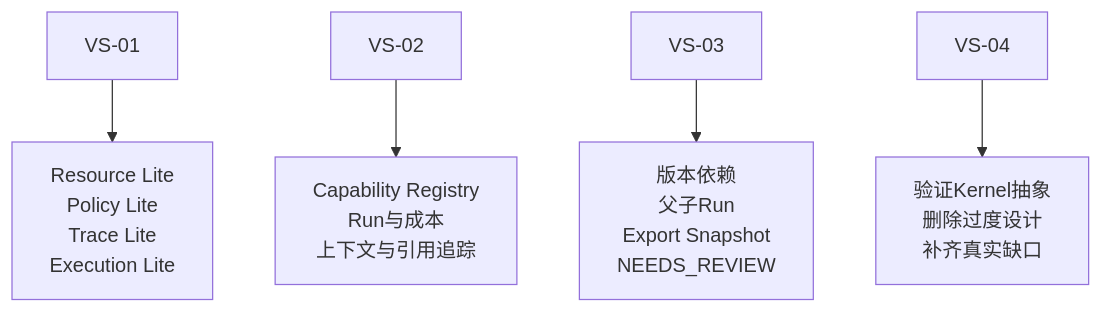
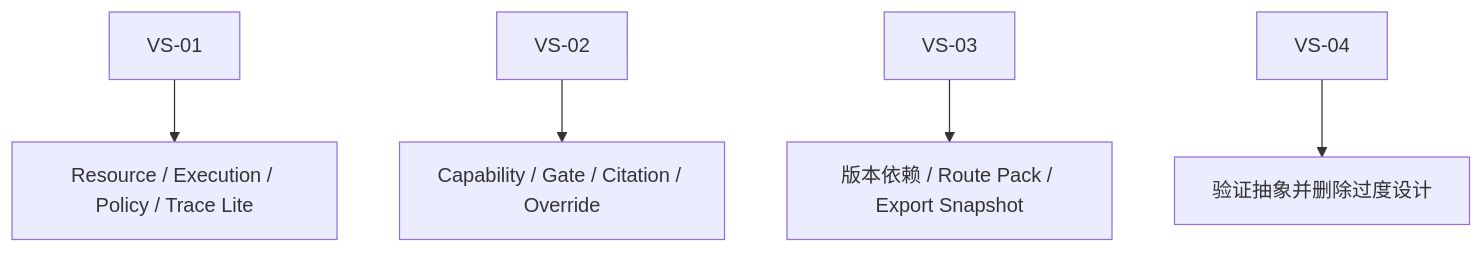
One commit to SONG-36/TK_Video_Intelligence_Workbench changed the sixth of 6 diagrams in 05_RELEASE_1_VERTICAL_SLICES.md. Above: the diagram before and after it, drawn with Mermaid. The commit also changed other lines of this file and 8 other files, not shown here.

````diff
--- a/05_RELEASE_1_VERTICAL_SLICES.md
+++ b/05_RELEASE_1_VERTICAL_SLICES.md
@@ -408,19 +411,16 @@
 ```mermaid
 flowchart TB
     VS1[VS-01]
-    K1[Resource Lite<br/>Policy Lite<br/>Trace Lite<br/>Execution Lite]
-
+    K1[Resource / Execution / Policy / Trace Lite]
     VS2[VS-02]
-    K2[Capability Registry<br/>Run与成本<br/>上下文与引用追踪]
-
+    K2[Capability / Gate / Citation / Override]
     VS3[VS-03]
-    K3[版本依赖<br/>父子Run<br/>Export Snapshot<br/>NEEDS_REVIEW]
-
+    K3[版本依赖 / Route Pack / Export Snapshot]
     VS4[VS-04]
-    K4[验证Kernel抽象<br/>删除过度设计<br/>补齐真实缺口]
+    K4[验证抽象并删除过度设计]
 
     VS1 --> K1
     VS2 --> K2
     VS3 --> K3
     VS4 --> K4
 ```
````
